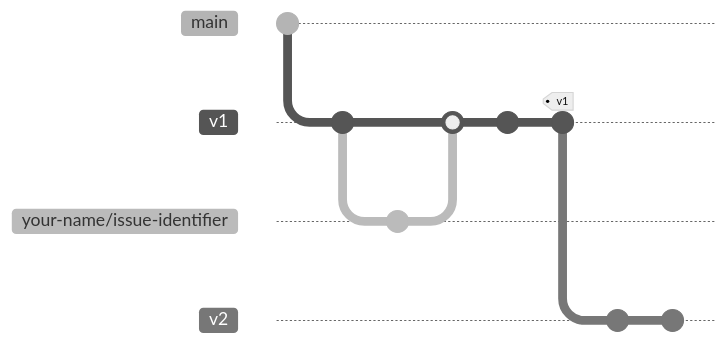
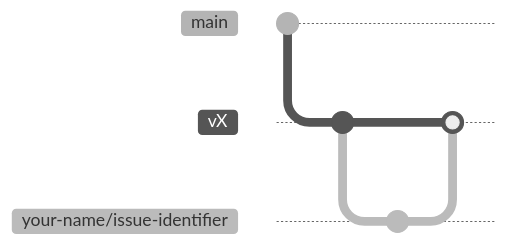
The diagram in docs/tutorial/branch.md (anoma/nspec), drawn with Mermaid before and after one commit. The commit also changed other lines of this file and 9 other files, not shown here. Commit ids are hidden.

````diff
--- a/docs/tutorial/branch.md
+++ b/docs/tutorial/branch.md
@@ -22,19 +44,13 @@
 ```mermaid
 %%{init: { 'theme': 'neutral' } }%%
 gitGraph:
     commit
-    branch v1
-    checkout v1
+    branch vX
+    checkout vX
     commit
     branch your-name/issue-identifier
     checkout your-name/issue-identifier
     commit
-    checkout v1
+    checkout vX
     merge your-name/issue-identifier
-    commit
-    commit tag: "v1"
-    branch v2
-    checkout v2
-    commit
-    commit id:"still in development"
 ```
````
